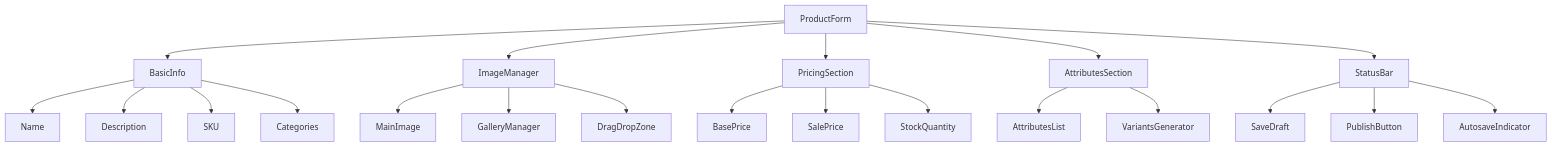
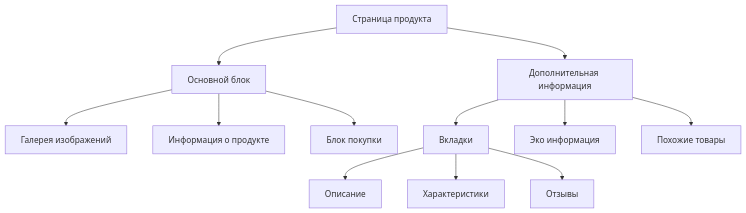
One commit to Lyks5/123 changed the diagram in docs/product-page-architecture.md. Above: the diagram before and after it, drawn with Mermaid. The commit also changed other lines of this file and 144 other files, not shown here.

````diff
--- a/docs/product-page-architecture.md
+++ b/docs/product-page-architecture.md
@@ -5,28 +21,17 @@
 ```mermaid
 graph TD
-    A[ProductForm] --> B[BasicInfo]
-    A --> C[ImageManager]
-    A --> D[PricingSection]
-    A --> E[AttributesSection]
-    A --> F[StatusBar]
+    A[Страница продукта] --> B[Основной блок]
+    A --> C[Дополнительная информация]
     
-    B --> B1[Name]
-    B --> B2[Description]
-    B --> B3[SKU]
-    B --> B4[Categories]
+    B --> D[Галерея изображений]
+    B --> E[Информация о продукте]
+    B --> F[Блок покупки]
     
-    C --> C1[MainImage]
-    C --> C2[GalleryManager]
-    C --> C3[DragDropZone]
+    C --> G[Вкладки]
+    C --> H[Эко информация]
+    C --> I[Похожие товары]
     
-    D --> D1[BasePrice]
-    D --> D2[SalePrice]
-    D --> D3[StockQuantity]
-    
-    E --> E1[AttributesList]
-    E --> E2[VariantsGenerator]
-    
-    F --> F1[SaveDraft]
-    F --> F2[PublishButton]
-    F --> F3[AutosaveIndicator]
+    G --> J[Описание]
+    G --> K[Характеристики]
+    G --> L[Отзывы]
 ```
````
